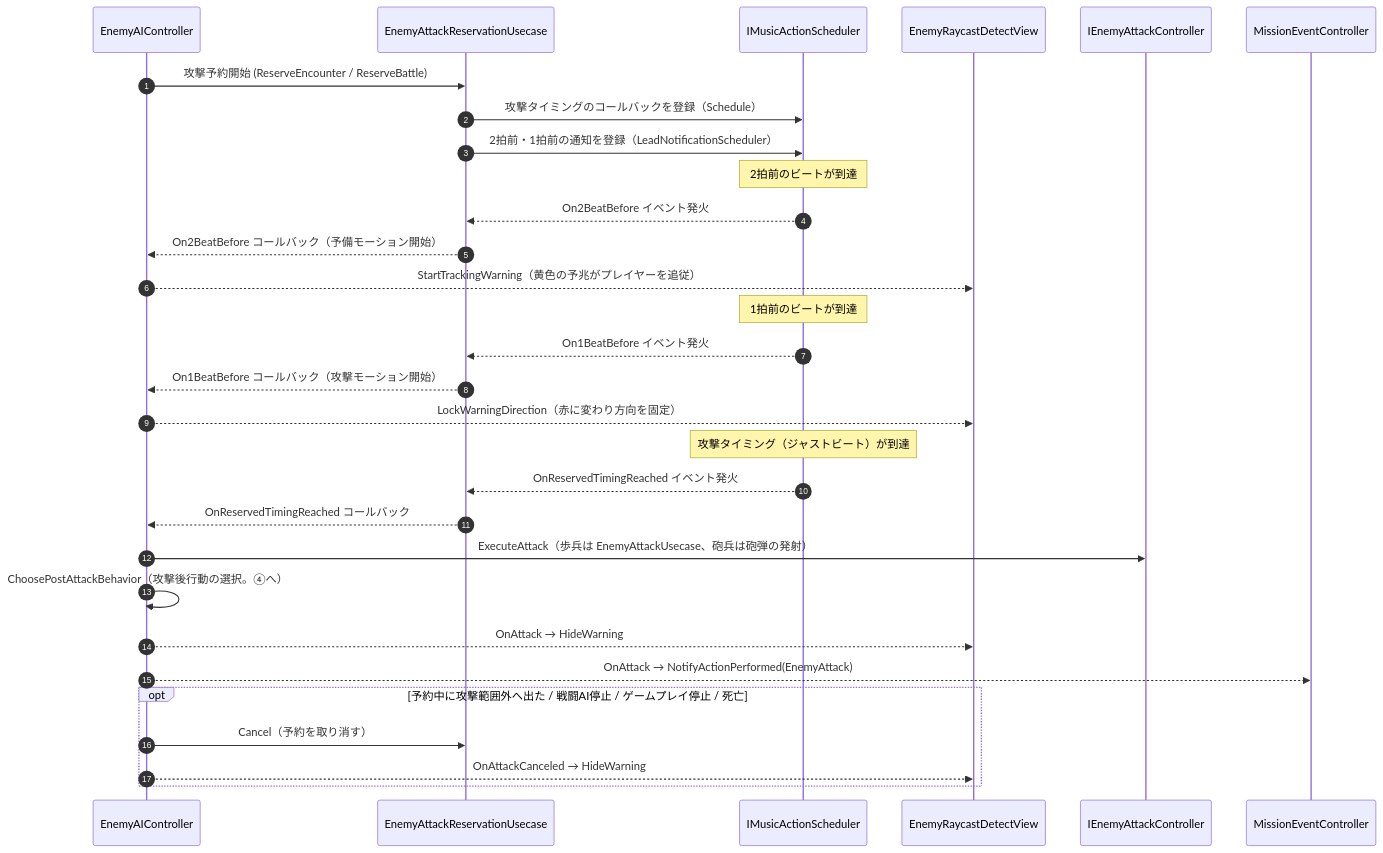
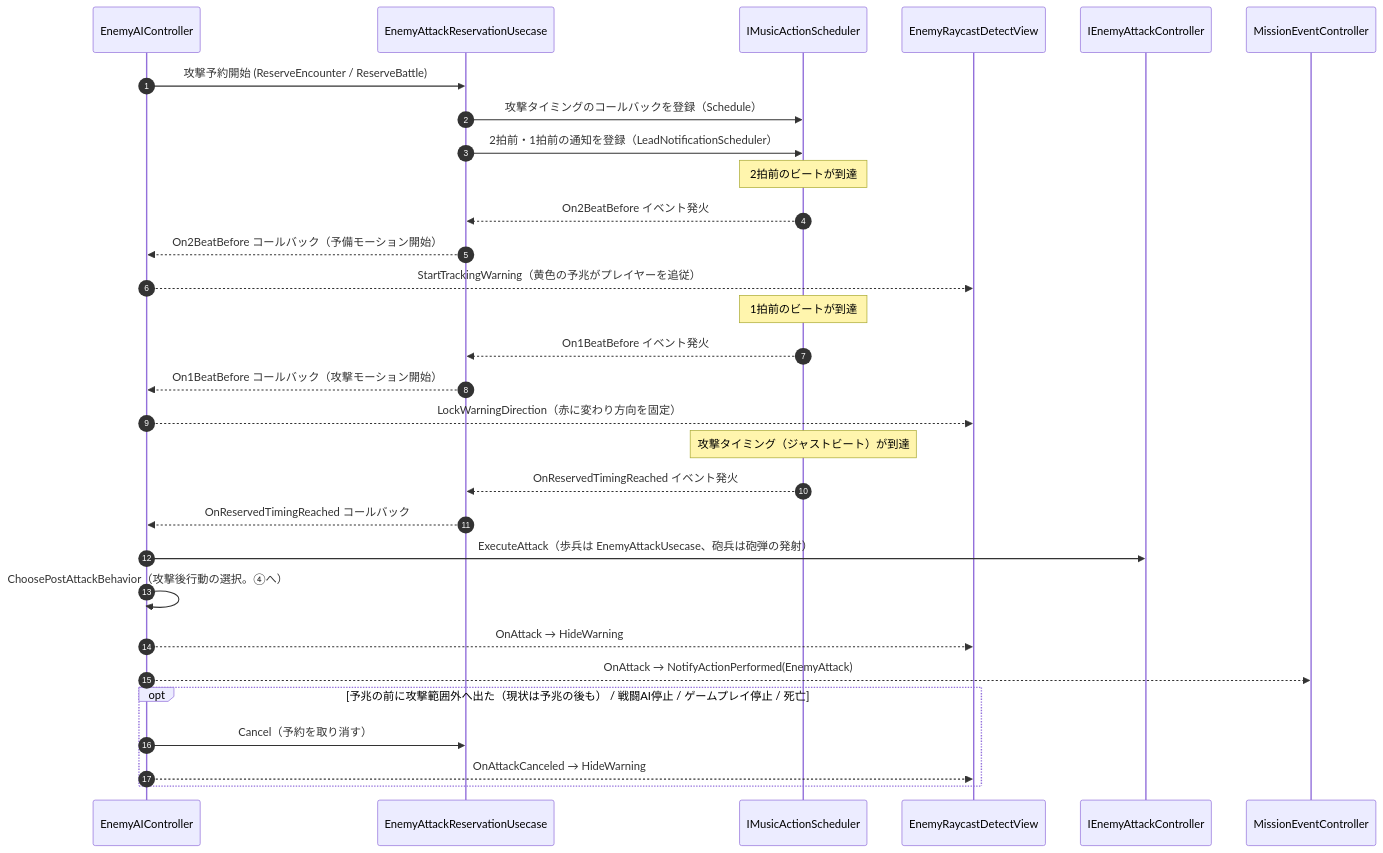
Before and after one commit to HIBIKI5201/SymphonyKillChord: the diagram in Docs/NotionMigration/pages/A2b/3bf7c2c6-cc02-81df-b1af-ef9310f5693b.md, drawn with Mermaid. The commit also changed other lines of this file and 175 other files, not shown here.

````diff
--- a/Docs/NotionMigration/pages/A2b/3bf7c2c6-cc02-81df-b1af-ef9310f5693b.md
+++ b/Docs/NotionMigration/pages/A2b/3bf7c2c6-cc02-81df-b1af-ef9310f5693b.md
@@ -25,33 +29,33 @@
 ```mermaid
 sequenceDiagram
     autonumber
     participant EAI as EnemyAIController
     participant EResUC as EnemyAttackReservationUsecase
     participant Scheduler as IMusicActionScheduler
     participant Warning as EnemyRaycastDetectView
     participant AttackCtrl as IEnemyAttackController
     participant Mission as MissionEventController
 
     EAI ->> EResUC: 攻撃予約開始 (ReserveEncounter / ReserveBattle)
     EResUC ->> Scheduler: 攻撃タイミングのコールバックを登録（Schedule）
     EResUC ->> Scheduler: 2拍前・1拍前の通知を登録（LeadNotificationScheduler）
     Note over Scheduler: 2拍前のビートが到達
     Scheduler -->> EResUC: On2BeatBefore イベント発火
     EResUC -->> EAI: On2BeatBefore コールバック（予備モーション開始）
     EAI -->> Warning: StartTrackingWarning（黄色の予兆がプレイヤーを追従）
     Note over Scheduler: 1拍前のビートが到達
     Scheduler -->> EResUC: On1BeatBefore イベント発火
     EResUC -->> EAI: On1BeatBefore コールバック（攻撃モーション開始）
     EAI -->> Warning: LockWarningDirection（赤に変わり方向を固定）
     Note over Scheduler: 攻撃タイミング（ジャストビート）が到達
     Scheduler -->> EResUC: OnReservedTimingReached イベント発火
     EResUC -->> EAI: OnReservedTimingReached コールバック
     EAI ->> AttackCtrl: ExecuteAttack（歩兵は EnemyAttackUsecase、砲兵は砲弾の発射）
     EAI ->> EAI: ChoosePostAttackBehavior（攻撃後行動の選択。④へ）
     EAI -->> Warning: OnAttack → HideWarning
     EAI -->> Mission: OnAttack → NotifyActionPerformed(EnemyAttack)
-    opt 予約中に攻撃範囲外へ出た / 戦闘AI停止 / ゲームプレイ停止 / 死亡
+    opt 予兆の前に攻撃範囲外へ出た（現状は予兆の後も） / 戦闘AI停止 / ゲームプレイ停止 / 死亡
         EAI ->> EResUC: Cancel（予約を取り消す）
         EAI -->> Warning: OnAttackCanceled → HideWarning
     end
 ```
````
